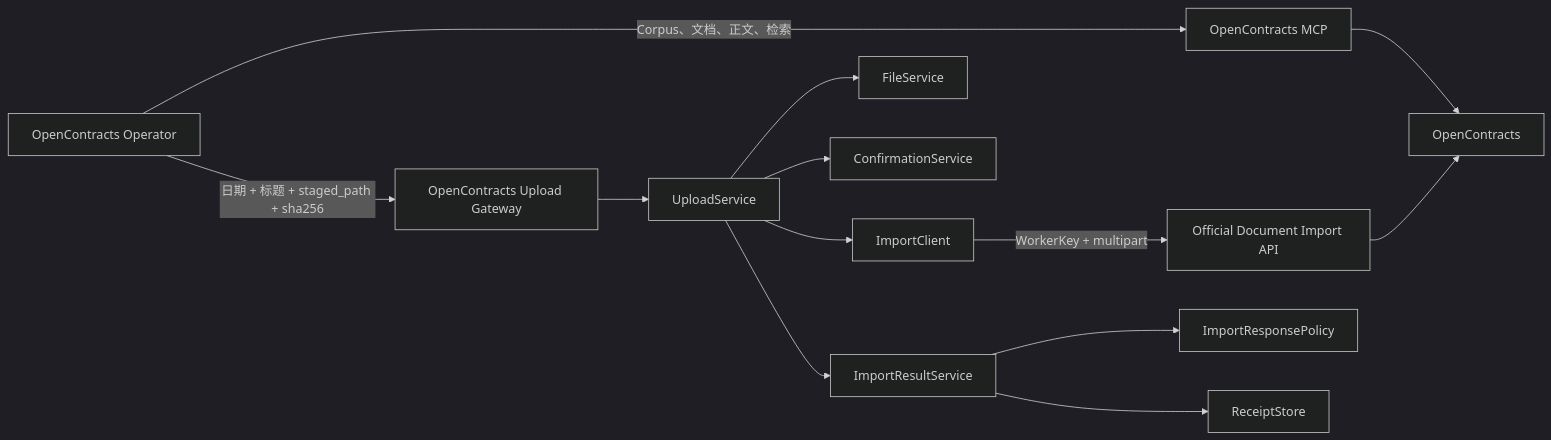
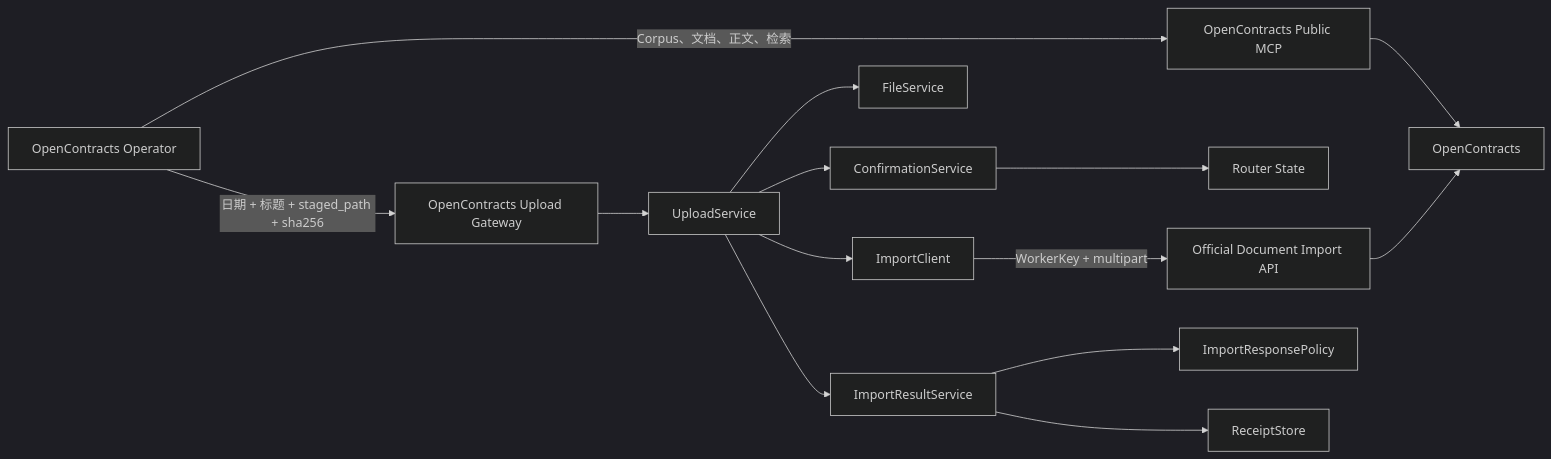
The first of 3 diagrams in plugins/astrbot_plugin_opencontracts_gateway/README.md (Ri0n72Y/ContractBotConfig), drawn with Mermaid (dark theme) before and after one commit. The commit also changed other lines of this file and 52 other files, not shown here.

````diff
--- a/plugins/astrbot_plugin_opencontracts_gateway/README.md
+++ b/plugins/astrbot_plugin_opencontracts_gateway/README.md
@@ -21,28 +24,30 @@
 ```mermaid
 flowchart LR
     Operator[OpenContracts Operator]
-    MCP[OpenContracts MCP]
+    MCP[OpenContracts Public MCP]
     Gateway[OpenContracts Upload Gateway]
     FileService[FileService]
+    RouterState[Router State]
     Confirmation[ConfirmationService]
     UploadService[UploadService]
     ResponsePolicy[ImportResponsePolicy]
     ResultService[ImportResultService]
     ImportClient[ImportClient]
     ReceiptStore[ReceiptStore]
     ImportAPI[Official Document Import API]
     OC[OpenContracts]
 
     Operator -->|Corpus、文档、正文、检索| MCP
     MCP --> OC
     Operator -->|日期 + 标题 + staged_path + sha256| Gateway
     Gateway --> UploadService
     UploadService --> FileService
     UploadService --> Confirmation
+    Confirmation --> RouterState
     UploadService --> ImportClient
     ImportClient -->|WorkerKey + multipart| ImportAPI
     ImportAPI --> OC
     UploadService --> ResultService
     ResultService --> ResponsePolicy
     ResultService --> ReceiptStore
 ```
````
